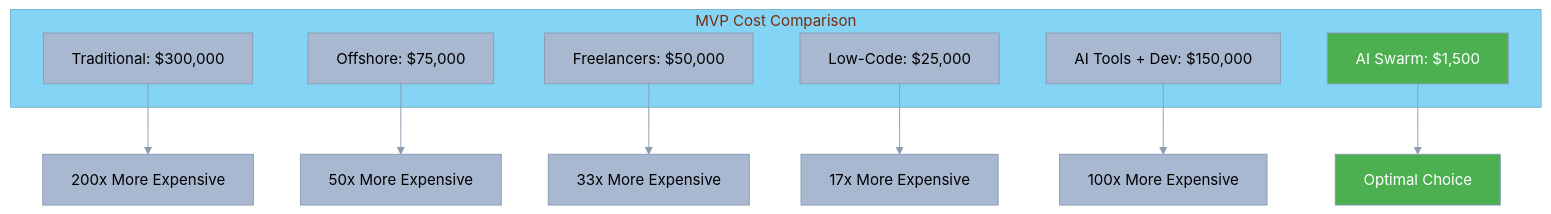
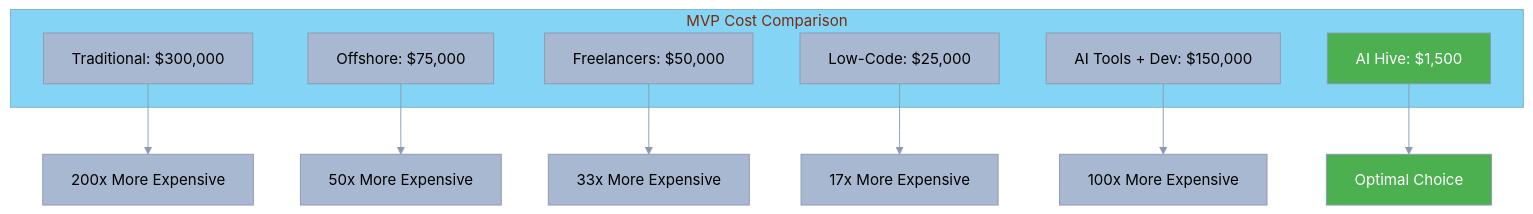
The seventh of 10 diagrams in business-documents/competitive-positioning/04-feature-comparison.md (o2alexanderfedin/AI-Hive-Business-Docs), drawn with Mermaid before and after one commit. The commit also changed other lines of this file and 22 other files, not shown here.

First line of the commit message:
Replace all references from 'AI Swarm' to 'AI Hive' across project

````diff
--- a/business-documents/competitive-positioning/04-feature-comparison.md
+++ b/business-documents/competitive-positioning/04-feature-comparison.md
@@ -487,33 +487,33 @@
 ```mermaid
 %%{init: {
   'theme': 'base',
   'themeVariables': {
     'primaryColor': '#A8B8D0',
     'primaryTextColor': '#000000',
     'primaryBorderColor': '#8A9AB2',
     'lineColor': '#8A9AB2',
     'secondaryColor': '#5DBCB6',
     'tertiaryColor': '#84D4F5',
     'background': '#F5F5F5'
   }
 }}%%
 graph TD
     subgraph "MVP Cost Comparison"
         A[Traditional: $300,000]
         B[Offshore: $75,000]
         C[Freelancers: $50,000]
         D[Low-Code: $25,000]
         E[AI Tools + Dev: $150,000]
-        F[AI Swarm: $1,500]
+        F[AI Hive: $1,500]
     end
 
     A --> G[200x More Expensive]
     B --> H[50x More Expensive]
     C --> I[33x More Expensive]
     D --> J[17x More Expensive]
     E --> K[100x More Expensive]
     F --> L[Optimal Choice]
 
     style F fill:#4CAF50,color:#fff
     style L fill:#4CAF50,color:#fff
 ```
````
